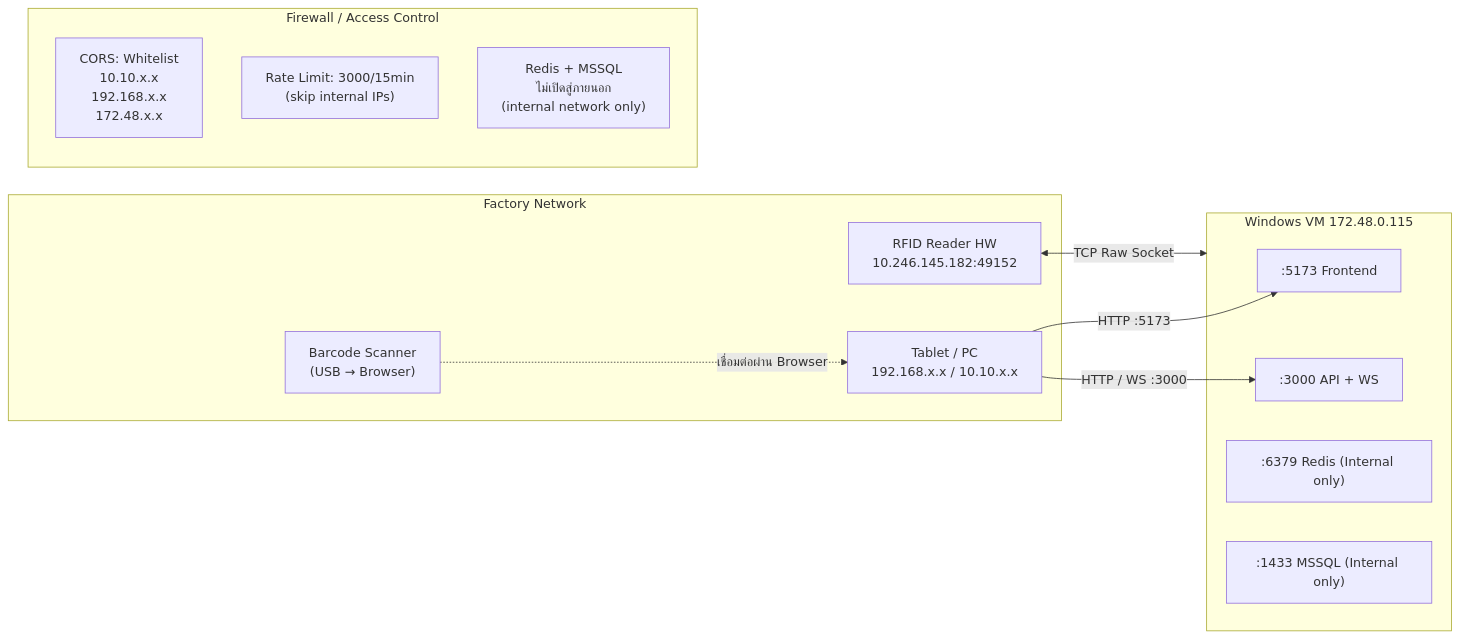
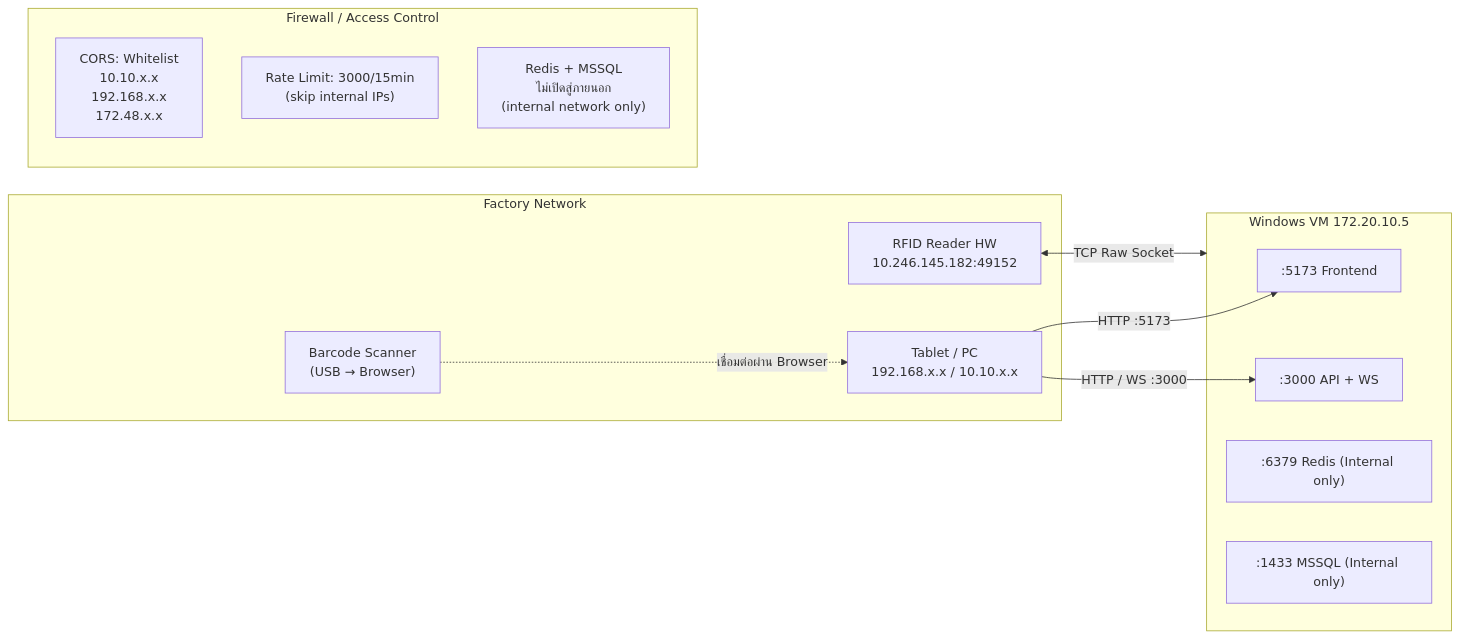
Diagram 11 of 18 in flow.md (TUAPUAN-CODE/DelayHUB), drawn with Mermaid before and after one commit. The commit also changed other lines of this file and 37 other files, not shown here.

````diff
--- a/flow.md
+++ b/flow.md
@@ -511,26 +511,26 @@
 ```mermaid
 graph LR
     subgraph FACTORY["Factory Network"]
         TABLET["Tablet / PC<br/>192.168.x.x / 10.10.x.x"]
         BARCODE["Barcode Scanner<br/>(USB → Browser)"]
         RFID_HW["RFID Reader HW<br/>10.246.145.182:49152"]
     end
 
-    subgraph SERVER["Windows VM 172.48.0.115"]
+    subgraph SERVER["Windows VM 172.20.10.5"]
         FE_PORT[":5173 Frontend"]
         API_PORT[":3000 API + WS"]
         REDIS_PORT[":6379 Redis (Internal only)"]
         MSSQL_PORT[":1433 MSSQL (Internal only)"]
     end
 
     TABLET -->|"HTTP :5173"| FE_PORT
     TABLET -->|"HTTP / WS :3000"| API_PORT
     BARCODE -.->|"เชื่อมต่อผ่าน Browser"| TABLET
     RFID_HW <-->|"TCP Raw Socket"| SERVER
 
     subgraph FIREWALL["Firewall / Access Control"]
         CORS_NOTE["CORS: Whitelist<br/>10.10.x.x<br/>192.168.x.x<br/>172.48.x.x"]
         RATE_NOTE["Rate Limit: 3000/15min<br/>(skip internal IPs)"]
         INTERNAL["Redis + MSSQL<br/>ไม่เปิดสู่ภายนอก<br/>(internal network only)"]
     end
 ```
````
